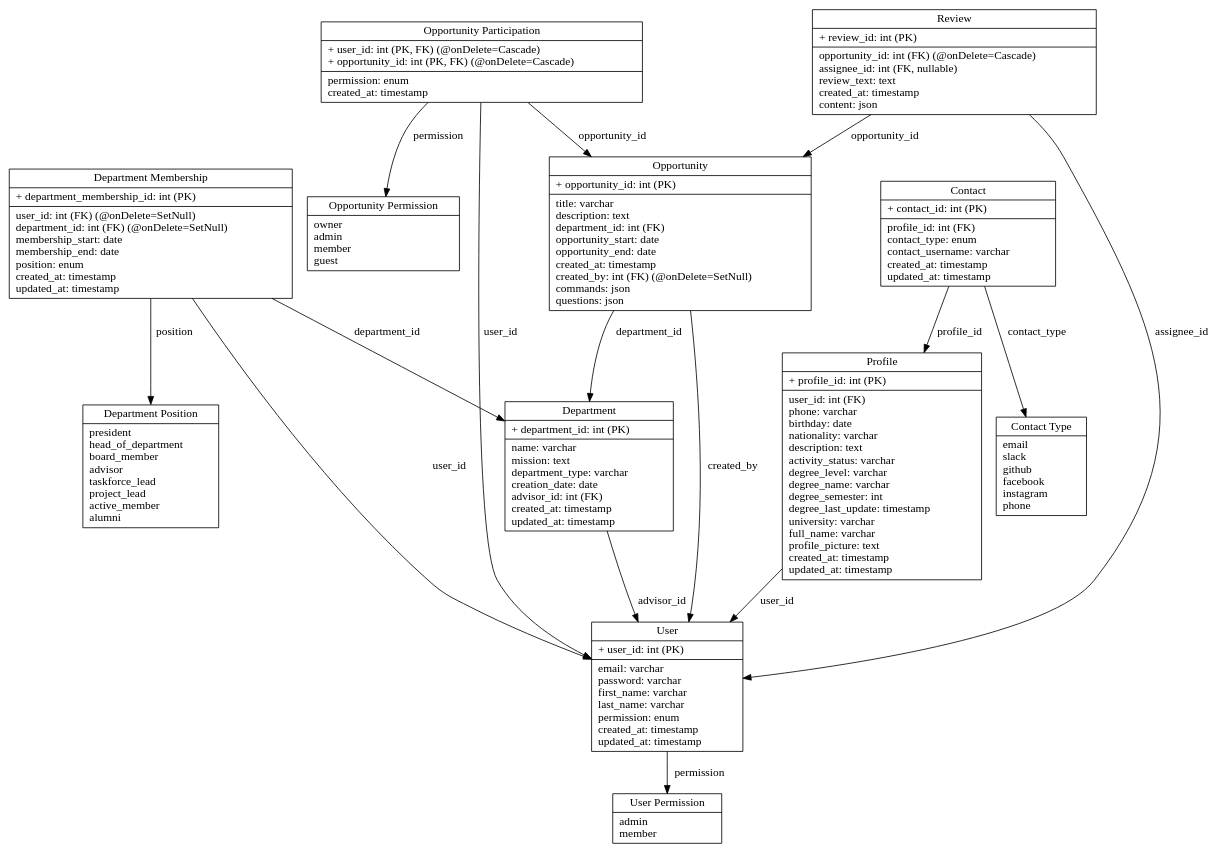
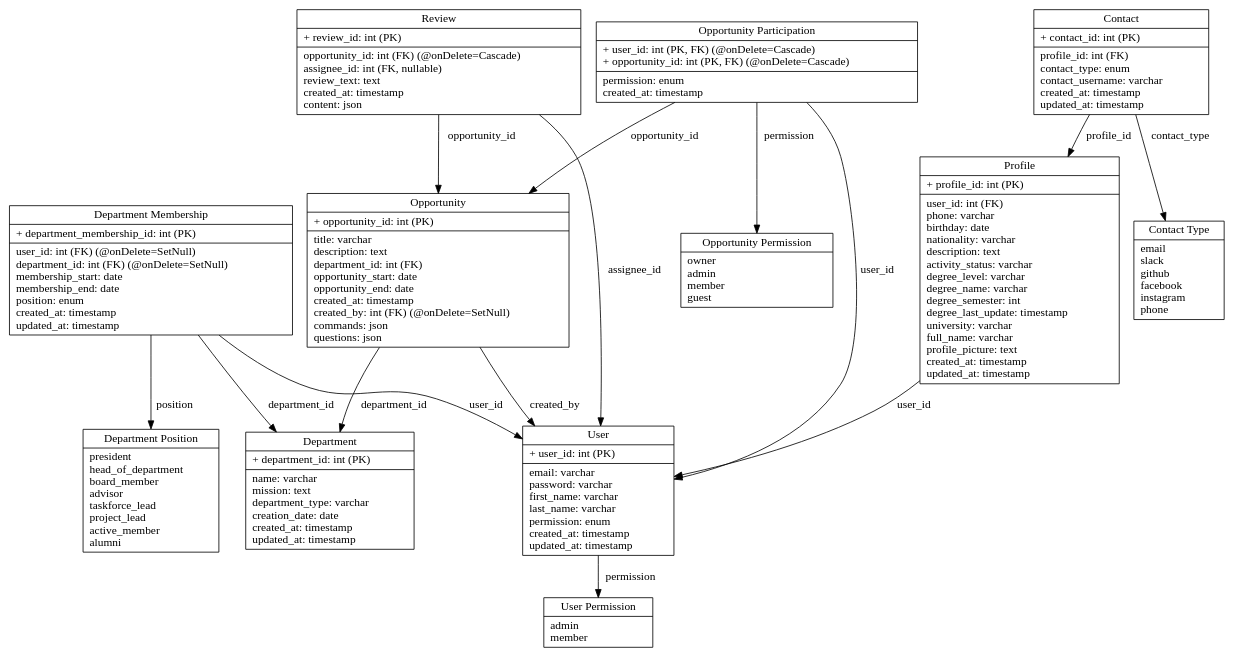
Before and after one commit to tum-ai/space: the diagram in api/schema.dot, drawn with Graphviz.

Commit message:
Remove redundant advisor_id foreign key to user from department table

```diff
--- a/api/schema.dot
+++ b/api/schema.dot
@@ -1,35 +1,34 @@
 digraph G {
     node [shape=record];
 
-    department [label="{Department|+ department_id: int (PK)\l| name: varchar\l mission: text\l department_type: varchar\l creation_date: date\l advisor_id: int (FK)\l created_at: timestamp\l updated_at: timestamp\l}"];
+    department [label="{Department|+ department_id: int (PK)\l| name: varchar\l mission: text\l department_type: varchar\l creation_date: date\l created_at: timestamp\l updated_at: timestamp\l}"];
     department_membership [label="{Department Membership|+ department_membership_id: int (PK)\l| user_id: int (FK) (@onDelete=SetNull)\l department_id: int (FK) (@onDelete=SetNull)\l membership_start: date\l membership_end: date\l position: enum\l created_at: timestamp\l updated_at: timestamp\l}"];
     user [label="{User|+ user_id: int (PK)\l| email: varchar\l password: varchar\l first_name: varchar\l last_name: varchar\l permission: enum\l created_at: timestamp\l updated_at: timestamp\l}"];
     profile [label="{Profile|+ profile_id: int (PK)\l| user_id: int (FK)\l phone: varchar\l birthday: date\l nationality: varchar\l description: text\l activity_status: varchar\l degree_level: varchar\l degree_name: varchar\l degree_semester: int\l degree_last_update: timestamp\l university: varchar\l full_name: varchar\l profile_picture: text\l created_at: timestamp\l updated_at: timestamp\l}"];
     contact [label="{Contact|+ contact_id: int (PK)\l| profile_id: int (FK)\l contact_type: enum\l contact_username: varchar\l created_at: timestamp\l updated_at: timestamp\l}"];
 
     opportunity [label="{Opportunity|+ opportunity_id: int (PK)\l| title: varchar\l description: text\l department_id: int (FK)\l opportunity_start: date\l opportunity_end: date\l created_at: timestamp\l created_by: int (FK) (@onDelete=SetNull)\l commands: json\l questions: json\l}"];
     opportunity_participation [label="{Opportunity Participation|+ user_id: int (PK, FK) (@onDelete=Cascade)\l+ opportunity_id: int (PK, FK) (@onDelete=Cascade)\l| permission: enum\l created_at: timestamp\l}"];
 
     review [label="{Review|+ review_id: int (PK)\l| opportunity_id: int (FK) (@onDelete=Cascade)\l assignee_id: int (FK, nullable)\l review_text: text\l created_at: timestamp\l content: json\l}"];
 
     user_permission_enum [label="{User Permission| admin\l member\l}"];
     opportunity_permission_enum [label="{Opportunity Permission| owner\l admin\l member\l guest\l}"];
     department_position_enum [label="{Department Position| president\l head_of_department\l board_member\l advisor\l taskforce_lead\l project_lead\l active_member\l alumni\l}"];
     contact_type_enum [label="{Contact Type| email\l slack\l github\l facebook\l instagram\l phone\l}"];
 
     user -> user_permission_enum [label="permission"];
     profile -> user [label="user_id"];
     contact -> profile [label="profile_id"];
     contact -> contact_type_enum [label="contact_type"];
     opportunity -> user [label="created_by"];
     opportunity -> department [label="department_id"];
     opportunity_participation -> opportunity [label="opportunity_id"];
     opportunity_participation -> user [label="user_id"];
     opportunity_participation -> opportunity_permission_enum [label="permission"];
     review -> opportunity [label="opportunity_id"];
     review -> user [label="assignee_id"];
-    department -> user [label="advisor_id"];
     department_membership -> department [label="department_id"];
     department_membership -> user [label="user_id"];
     department_membership -> department_position_enum [label="position"];
 }
```
